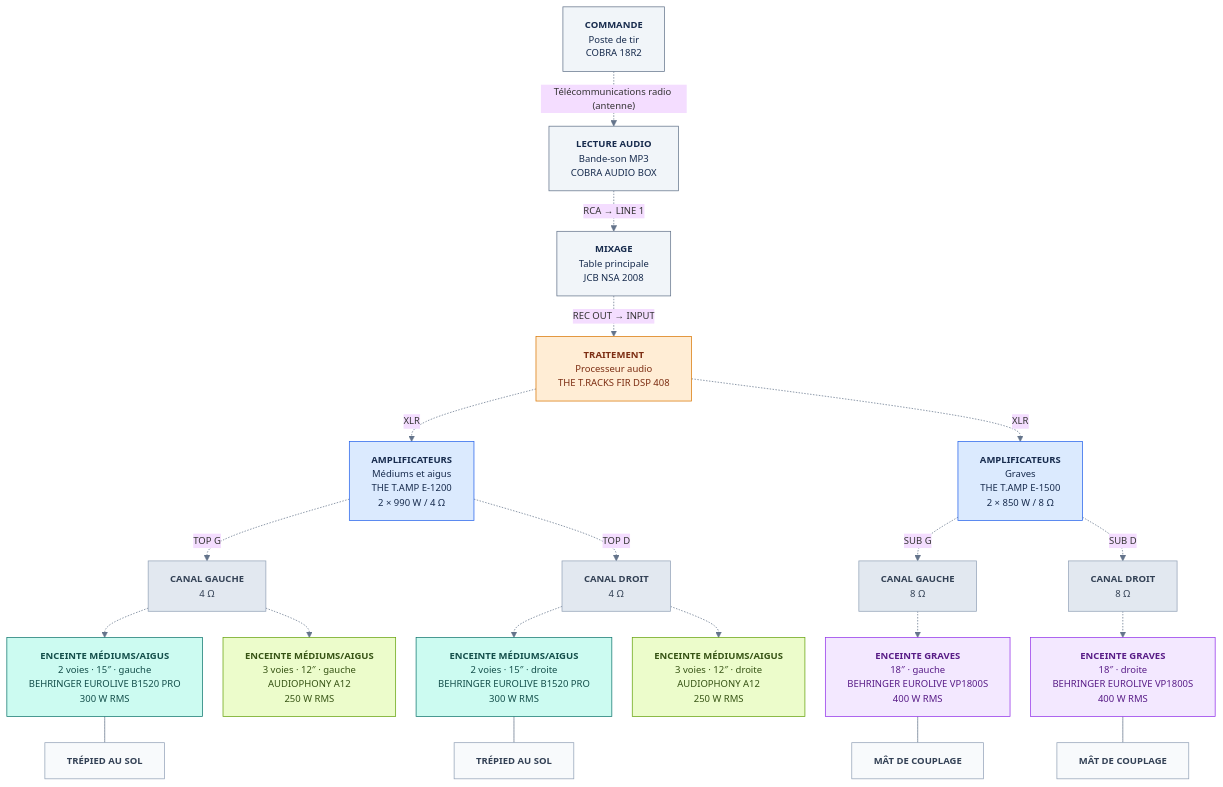
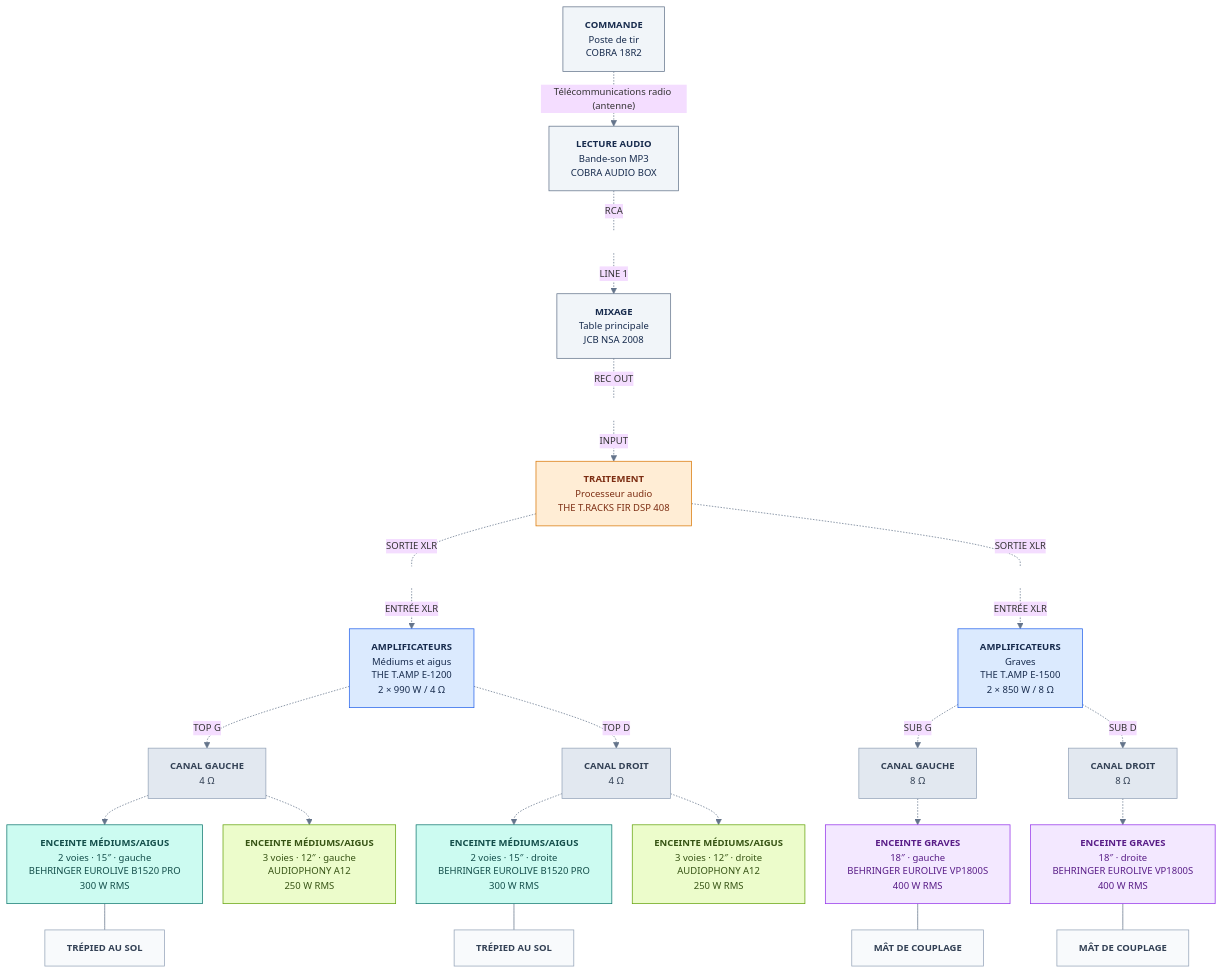
One commit to HAZIT-FR/PGE-SONO changed the first of 3 diagrams in README.md. Above: the diagram before and after it, drawn with Mermaid.

Commit message:
docs: distinguer sorties et entrées sur les liaisons audio du schéma

```diff
--- a/README.md
+++ b/README.md
@@ -34,63 +34,75 @@
 ~~~mermaid
 %%{init: {"flowchart": {"nodeSpacing": 28, "rankSpacing": 36, "htmlLabels": true, "wrappingWidth": 320}, "theme": "base", "themeVariables": {"fontSize": "13px", "lineColor": "#64748b"}}}%%
 flowchart TB
   A["<b>COMMANDE</b><br/>Poste de tir<br/>COBRA 18R2"]
   B["<b>LECTURE AUDIO</b><br/>Bande-son MP3<br/>COBRA AUDIO BOX"]
   C["<b>MIXAGE</b><br/>Table principale<br/>JCB NSA 2008"]
   D["<b>TRAITEMENT</b><br/>Processeur audio<br/>THE T.RACKS FIR DSP 408"]
   E["<b>AMPLIFICATEURS</b><br/>Médiums et aigus<br/>THE T.AMP E-1200<br/>2 × 990 W / 4 Ω"]
   F["<b>AMPLIFICATEURS</b><br/>Graves<br/>THE T.AMP E-1500<br/>2 × 850 W / 8 Ω"]
   LG["<b>CANAL GAUCHE</b><br/>4 Ω"]
   LD["<b>CANAL DROIT</b><br/>4 Ω"]
   FG["<b>CANAL GAUCHE</b><br/>8 Ω"]
   FD["<b>CANAL DROIT</b><br/>8 Ω"]
   BG["<b>ENCEINTE MÉDIUMS/AIGUS</b><br/>2 voies · 15″ · gauche<br/>BEHRINGER EUROLIVE B1520 PRO<br/>300 W RMS"]
   BD["<b>ENCEINTE MÉDIUMS/AIGUS</b><br/>2 voies · 15″ · droite<br/>BEHRINGER EUROLIVE B1520 PRO<br/>300 W RMS"]
   AG["<b>ENCEINTE MÉDIUMS/AIGUS</b><br/>3 voies · 12″ · gauche<br/>AUDIOPHONY A12<br/>250 W RMS"]
   AD["<b>ENCEINTE MÉDIUMS/AIGUS</b><br/>3 voies · 12″ · droite<br/>AUDIOPHONY A12<br/>250 W RMS"]
   SG["<b>ENCEINTE GRAVES</b><br/>18″ · gauche<br/>BEHRINGER EUROLIVE VP1800S<br/>400 W RMS"]
   SD["<b>ENCEINTE GRAVES</b><br/>18″ · droite<br/>BEHRINGER EUROLIVE VP1800S<br/>400 W RMS"]
 
   TG["<b>TRÉPIED AU SOL</b>"]
   TD["<b>TRÉPIED AU SOL</b>"]
   MG["<b>MÂT DE COUPLAGE</b>"]
   MD["<b>MÂT DE COUPLAGE</b>"]
 
+  %% Points intermédiaires invisibles : deux libellés par câble
+  JBC[" "]
+  JCD[" "]
+  JDE[" "]
+  JDF[" "]
+
   A -. "Télécommunications radio (antenne)" .-> B
-  B -. "RCA → LINE 1" .-> C
-  C -. "REC OUT → INPUT" .-> D
-  D -. "XLR" .-> E
-  D -. "XLR" .-> F
+  B -. "RCA" .- JBC
+  JBC -. "LINE 1" .-> C
+  C -. "REC OUT" .- JCD
+  JCD -. "INPUT" .-> D
+  D -. "SORTIE XLR" .- JDE
+  JDE -. "ENTRÉE XLR" .-> E
+  D -. "SORTIE XLR" .- JDF
+  JDF -. "ENTRÉE XLR" .-> F
   E -. "TOP G" .-> LG
   E -. "TOP D" .-> LD
   F -. "SUB G" .-> FG
   F -. "SUB D" .-> FD
   LG -.-> BG
   LG -.-> AG
   LD -.-> BD
   LD -.-> AD
   FG -.-> SG
   FD -.-> SD
 
   BG --- TG
   BD --- TD
   SG --- MG
   SD --- MD
 
   classDef commande fill:#f1f5f9,stroke:#64748b,color:#172b4d;
   classDef processeur fill:#ffedd5,stroke:#d97706,color:#7c2d12;
   classDef amplis fill:#dbeafe,stroke:#2563eb,color:#172b4d;
   classDef canaux fill:#e2e8f0,stroke:#94a3b8,color:#334155;
   classDef principales fill:#ccfbf1,stroke:#0f766e,color:#134e4a;
   classDef appoint fill:#ecfccb,stroke:#65a30d,color:#365314;
   classDef basses fill:#f3e8ff,stroke:#9333ea,color:#581c87;
   classDef support fill:#f8fafc,stroke:#94a3b8,color:#334155;
+  classDef junction fill:transparent,stroke:transparent,color:transparent;
   class A,B,C commande;
   class D processeur;
   class E,F amplis;
   class LG,LD,FG,FD canaux;
   class BG,BD principales;
   class AG,AD appoint;
   class SG,SD basses;
   class TG,TD,MG,MD support;
+  class JBC,JCD,JDE,JDF junction;
 ~~~
```
